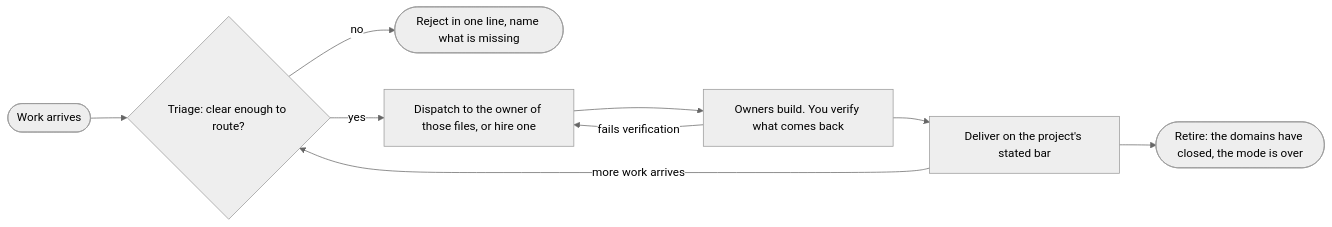
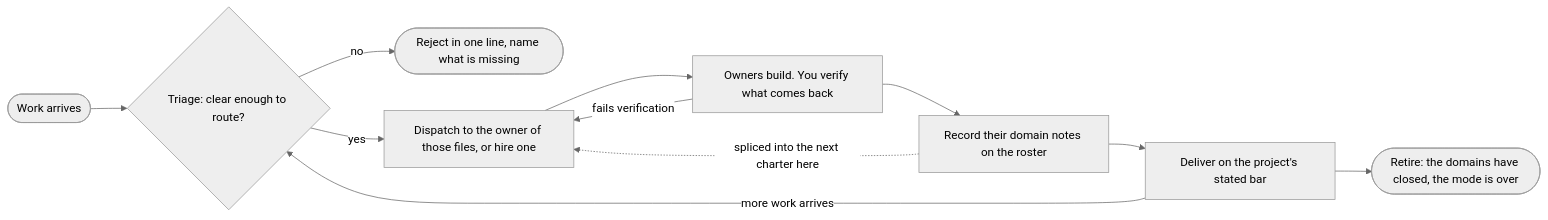
Before and after one commit to EthanITA/Mode: the diagram in skills/mode/modes/swarm.md, drawn with Mermaid (neutral theme). The commit also changed other lines of this file and 4 other files, not shown here.

Commit message:
feat(swarm): roster-guard on spawn, and domain notes that outlive their owner

````diff
--- a/skills/mode/modes/swarm.md
+++ b/skills/mode/modes/swarm.md
@@ -31,11 +31,13 @@
 ```mermaid
 flowchart LR
     R([Work arrives]) --> T{Triage: clear enough to route?}
     T -- no --> X([Reject in one line, name what is missing])
     T -- yes --> D[Dispatch to the owner of those files, or hire one]
     D --> W[Owners build. You verify what comes back]
     W -- fails verification --> D
-    W --> L[Deliver on the project's stated bar]
+    W --> N[Record their domain notes on the roster]
+    N -. spliced into the next charter here .-> D
+    N --> L[Deliver on the project's stated bar]
     L -- more work arrives --> T
     L --> C([Retire: the domains have closed, the mode is over])
 ```
````
